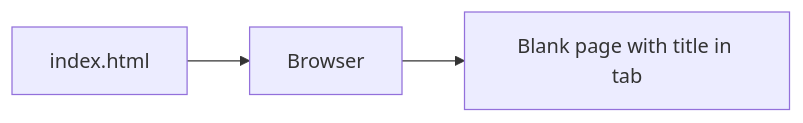
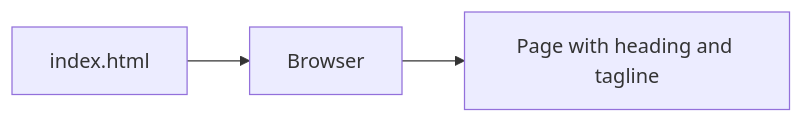
Before and after one commit to vedanta/burger-barn: the diagram in docs/architecture.md, drawn with Mermaid. The commit also changed other lines of this file and 8 other files, not shown here.

````diff
--- a/docs/architecture.md
+++ b/docs/architecture.md
@@ -16,5 +14,5 @@
 ```mermaid
 graph LR
     A[index.html] --> B[Browser]
-    B --> C[Blank page with title in tab]
+    B --> C[Page with heading and tagline]
 ```
````
